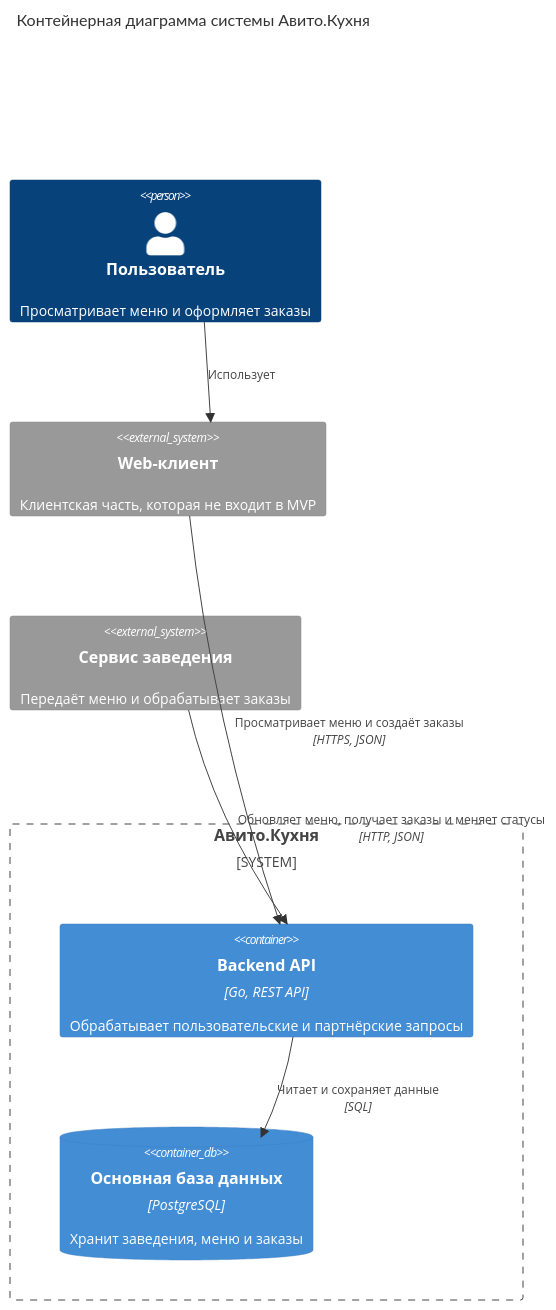
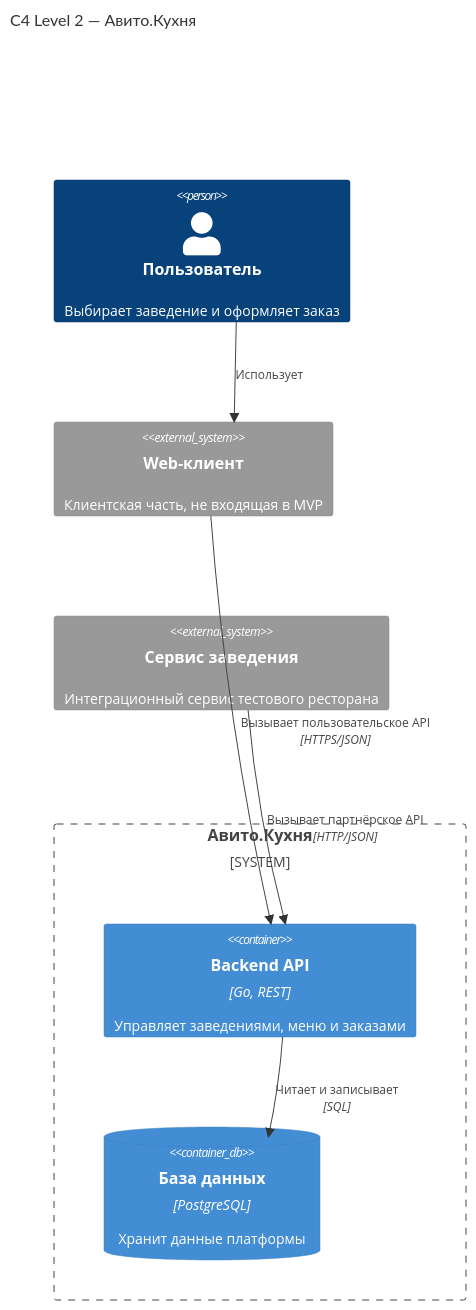
Before and after one commit to rupchella/avito-kitchen-test-task: the diagram in docs/c4-architecture.md, drawn with Mermaid. The commit also changed other lines of this file, not shown here.

Commit message:
docs: fix  c4 architecture

````diff
--- a/docs/c4-architecture.md
+++ b/docs/c4-architecture.md
@@ -6,19 +21,19 @@
 ```mermaid
 C4Container
-    title Контейнерная диаграмма системы Авито.Кухня
+    title C4 Level 2 — Авито.Кухня
 
-    Person(customer, "Пользователь", "Просматривает меню и оформляет заказы")
+    Person(user, "Пользователь", "Выбирает заведение и оформляет заказ")
 
-    System_Ext(web_client, "Web-клиент", "Клиентская часть, которая не входит в MVP")
-    System_Ext(restaurant_service, "Сервис заведения", "Передаёт меню и обрабатывает заказы")
+    System_Ext(web_client, "Web-клиент", "Клиентская часть, не входящая в MVP")
+    System_Ext(restaurant_service, "Сервис заведения", "Интеграционный сервис тестового ресторана")
 
     System_Boundary(kitchen, "Авито.Кухня") {
-        Container(api, "Backend API", "Go, REST API", "Обрабатывает пользовательские и партнёрские запросы")
-        ContainerDb(database, "Основная база данных", "PostgreSQL", "Хранит заведения, меню и заказы")
+        Container(api, "Backend API", "Go, REST", "Управляет заведениями, меню и заказами")
+        ContainerDb(database, "База данных", "PostgreSQL", "Хранит данные платформы")
     }
 
-    Rel(customer, web_client, "Использует")
-    Rel(web_client, api, "Просматривает меню и создаёт заказы", "HTTPS, JSON")
-    Rel(restaurant_service, api, "Обновляет меню, получает заказы и меняет статусы", "HTTP, JSON")
-    Rel(api, database, "Читает и сохраняет данные", "SQL")
+    Rel(user, web_client, "Использует")
+    Rel(web_client, api, "Вызывает пользовательское API", "HTTPS/JSON")
+    Rel(restaurant_service, api, "Вызывает партнёрское API", "HTTP/JSON")
+    Rel(api, database, "Читает и записывает", "SQL")
 ```
````
